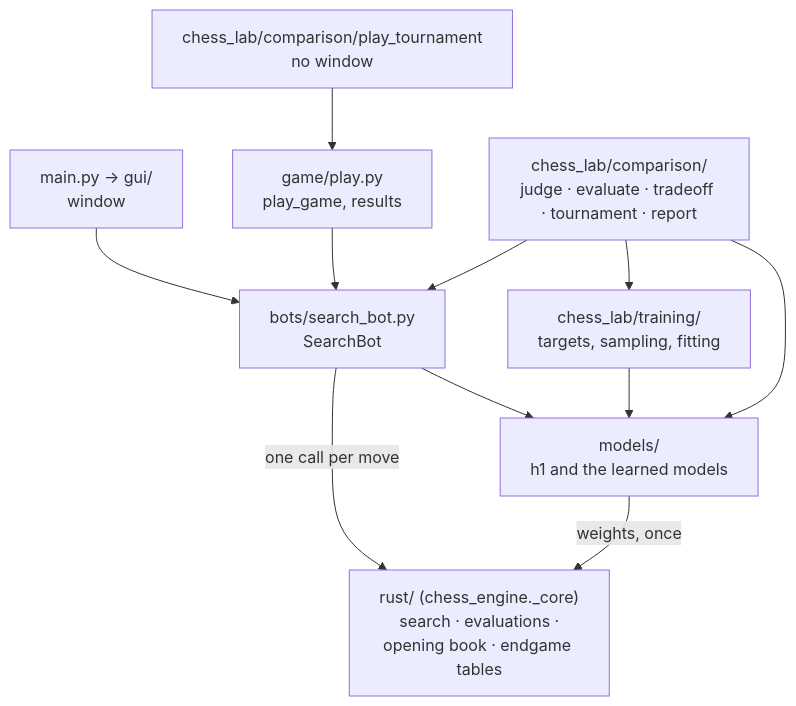
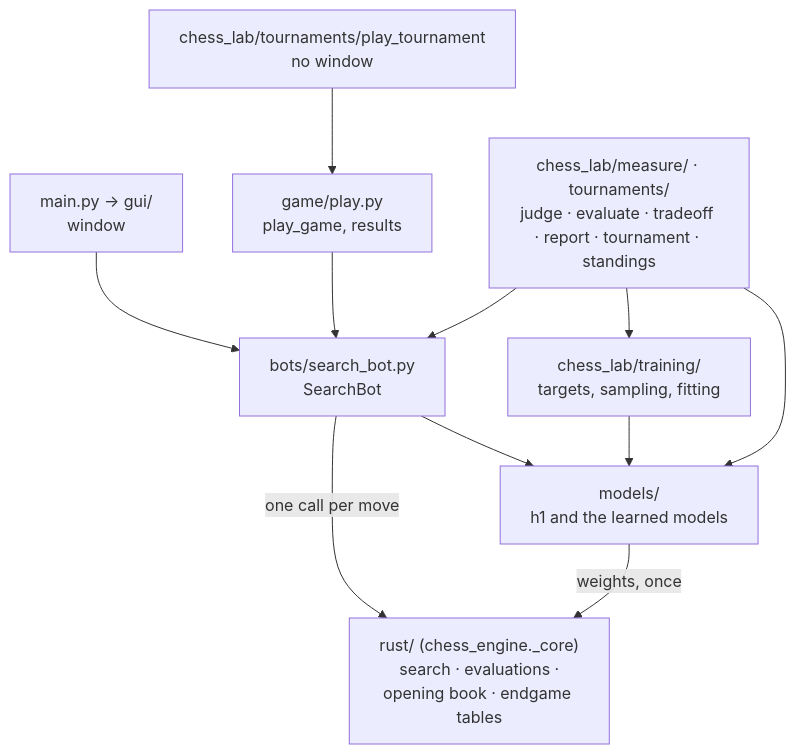
Before and after one commit to JoaquinDeVA/chess-ai-engine: the first of 3 diagrams in docs/ARCHITECTURE.md, drawn with Mermaid. The commit also changed other lines of this file and 56 other files, not shown here.

Commit message:
refactor: split comparison into measure and tournaments, share players, merge lichess modules, drop unused dependencies

````diff
--- a/docs/ARCHITECTURE.md
+++ b/docs/ARCHITECTURE.md
@@ -17,13 +17,13 @@
 ```mermaid
 flowchart TB
     WIN["main.py → gui/<br/>window"] --> BOTS
-    TOURN["chess_lab/comparison/play_tournament<br/>no window"] --> GM["game/play.py<br/>play_game, results"]
+    TOURN["chess_lab/tournaments/play_tournament<br/>no window"] --> GM["game/play.py<br/>play_game, results"]
     GM --> BOTS
     BOTS["bots/search_bot.py<br/>SearchBot"] -->|"one call per move"| CORE["rust/ (chess_engine._core)<br/>search · evaluations ·<br/>opening book · endgame tables"]
     BOTS --> EVAL["models/<br/>h1 and the learned models"]
     EVAL -->|"weights, once"| CORE
     TRAIN["chess_lab/training/<br/>targets, sampling, fitting"] --> EVAL
-    COMP["chess_lab/comparison/<br/>judge · evaluate · tradeoff · tournament · report"] --> TRAIN
+    COMP["chess_lab/measure/ · tournaments/<br/>judge · evaluate · tradeoff · report · tournament · standings"] --> TRAIN
     COMP --> EVAL
     COMP --> BOTS
 ```
````
